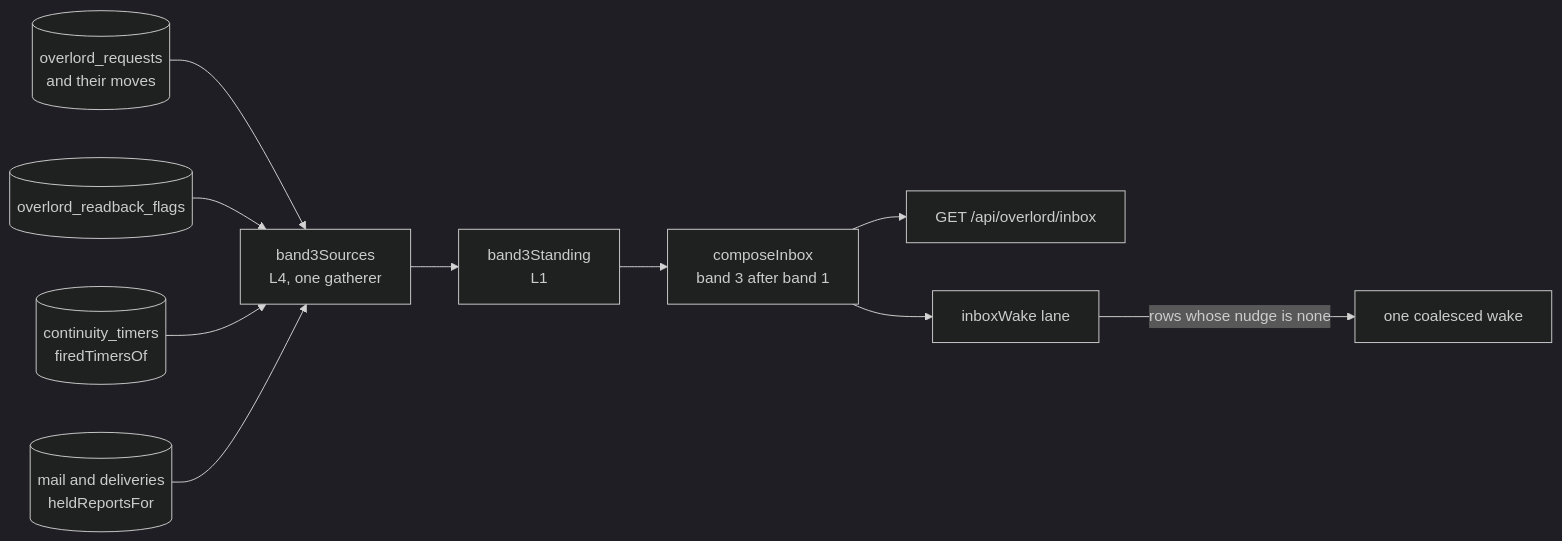
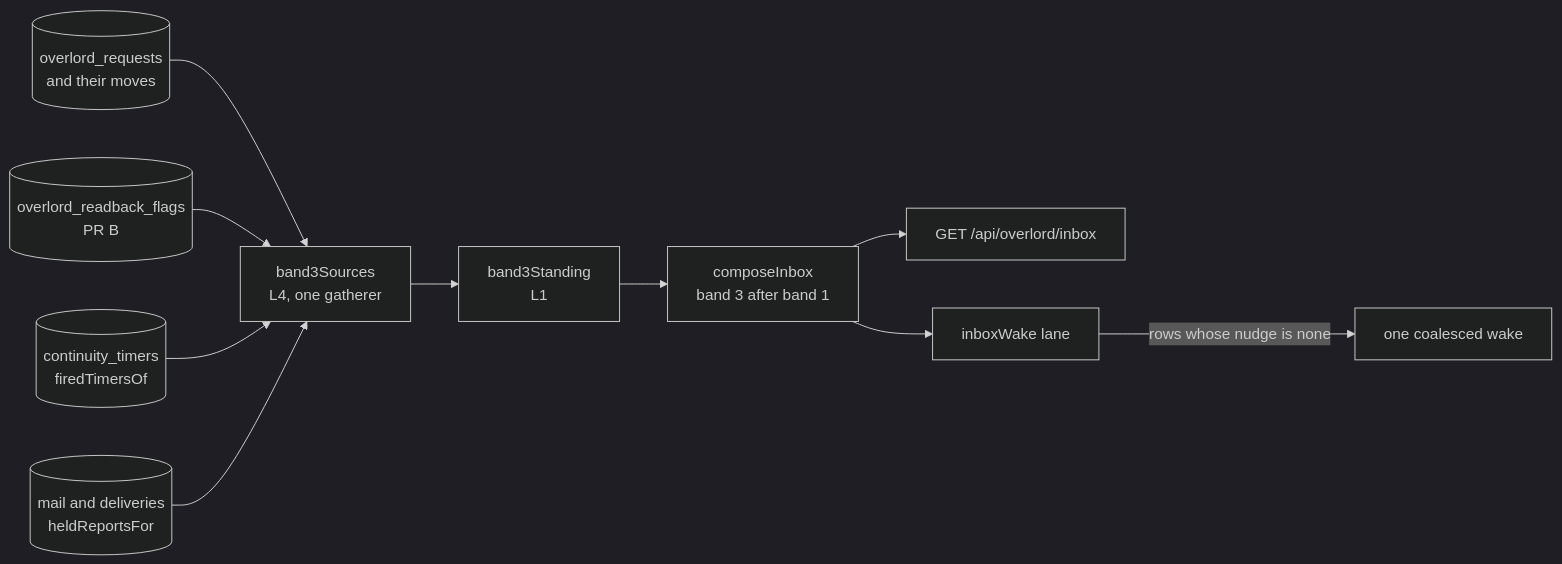
Before and after one commit to Synapsium-Labs/ccrc-pwa: the first of 5 diagrams in docs/superpowers/plans/2026-11-16-overlord-w2/w2-inbox-band-3.md, drawn with Mermaid (dark theme). The commit also changed other lines of this file and 1 other file, not shown here.

````diff
--- a/docs/superpowers/plans/2026-11-16-overlord-w2/w2-inbox-band-3.md
+++ b/docs/superpowers/plans/2026-11-16-overlord-w2/w2-inbox-band-3.md
@@ -62,12 +66,12 @@
 ```mermaid
 flowchart LR
   RQ[("overlord_requests<br/>and their moves")] --> G["band3Sources<br/>L4, one gatherer"]
-  FL[("overlord_readback_flags")] --> G
+  FL[("overlord_readback_flags<br/>PR B")] --> G
   TM[("continuity_timers<br/>firedTimersOf")] --> G
   ML[("mail and deliveries<br/>heldReportsFor")] --> G
   G --> S["band3Standing<br/>L1"]
   S --> C["composeInbox<br/>band 3 after band 1"]
   C --> IN["GET /api/overlord/inbox"]
   C --> WK["inboxWake lane"]
   WK -->|"rows whose nudge is none"| WAKE["one coalesced wake"]
 ```
````
